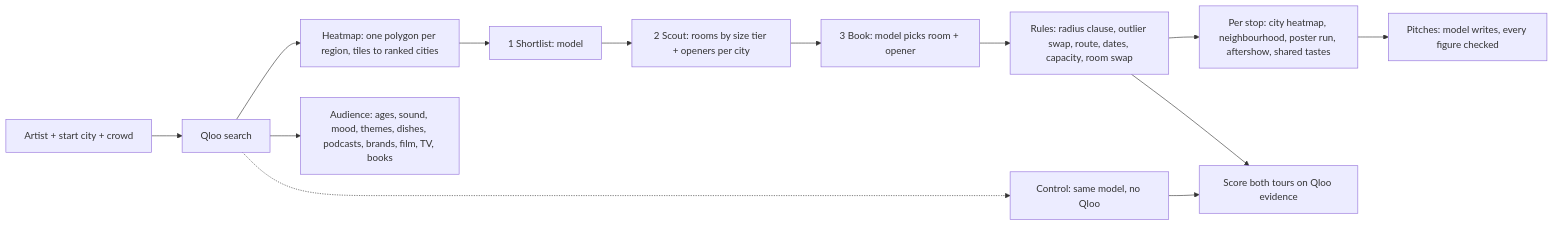
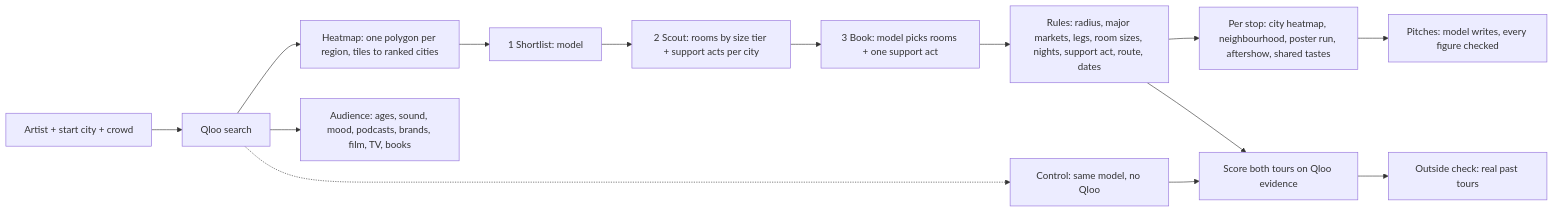
The diagram in README.md (RohanGlitched/routed), drawn with Mermaid before and after one commit. The commit also changed other lines of this file, not shown here.

Commit message:
README: the Oct 15 benchmark, the outside check, every booking rule, 49 tests

````diff
--- a/README.md
+++ b/README.md
@@ -106,15 +147,16 @@
 ```mermaid
 flowchart LR
   A[Artist + start city + crowd] --> S[Qloo search]
   S --> H[Heatmap: one polygon per region, tiles to ranked cities]
-  S --> D[Audience: ages, sound, mood, themes, dishes, podcasts, brands, film, TV, books]
+  S --> D[Audience: ages, sound, mood, podcasts, brands, film, TV, books]
   S -.-> G[Control: same model, no Qloo]
   H --> L[1 Shortlist: model]
-  L --> C[2 Scout: rooms by size tier + openers per city]
-  C --> B[3 Book: model picks room + opener]
-  B --> R[Rules: radius clause, outlier swap, route, dates, capacity, room swap]
+  L --> C[2 Scout: rooms by size tier + support acts per city]
+  C --> B[3 Book: model picks rooms + one support act]
+  B --> R[Rules: radius, major markets, legs, room sizes, nights, support act, route, dates]
   R --> N[Per stop: city heatmap, neighbourhood, poster run, aftershow, shared tastes]
   N --> W[Pitches: model writes, every figure checked]
   G --> X[Score both tours on Qloo evidence]
   R --> X
+  X --> O[Outside check: real past tours]
 ```
````
